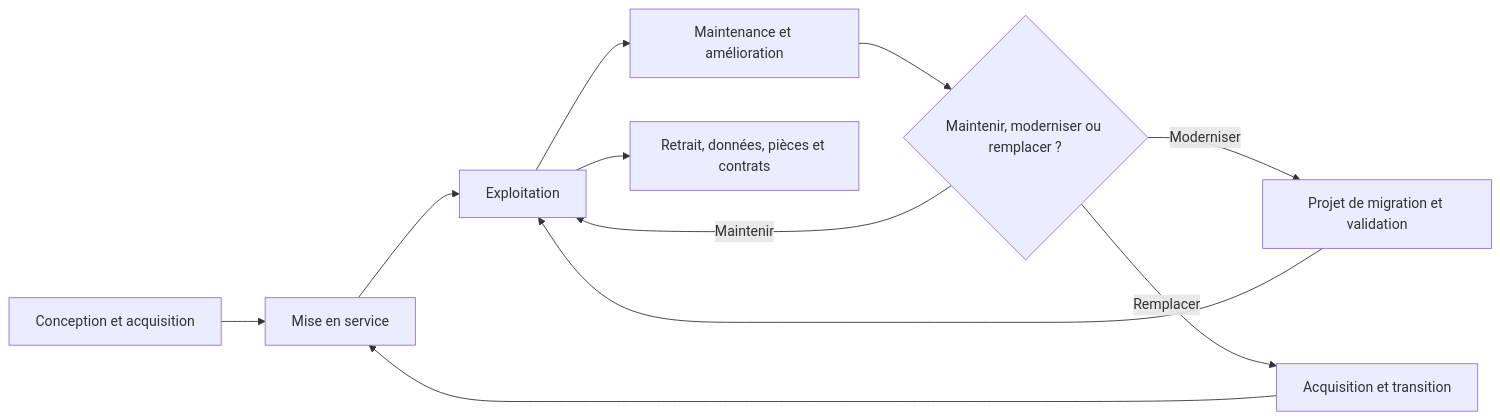
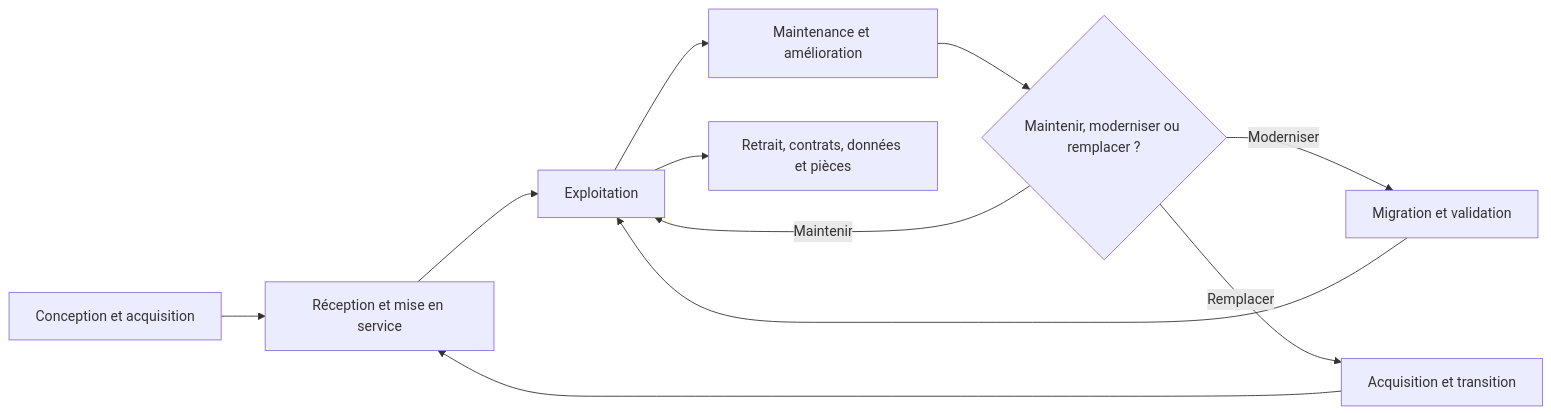
One commit to biggyseven/Skill-Tree changed the fifth of 16 diagrams in content/lessons/maint-strategie-expert.md. Above: the diagram before and after it, drawn with Mermaid. The commit also changed other lines of this file, not shown here.

```diff
--- a/content/lessons/maint-strategie-expert.md
+++ b/content/lessons/maint-strategie-expert.md
@@ -107,13 +105,13 @@
 ~~~mermaid
 flowchart LR
-  A["Conception et acquisition"] --> B["Mise en service"]
+  A["Conception et acquisition"] --> B["Réception et mise en service"]
   B --> C["Exploitation"]
   C --> D["Maintenance et amélioration"]
   D --> E{"Maintenir, moderniser ou remplacer ?"}
   E -- "Maintenir" --> C
-  E -- "Moderniser" --> F["Projet de migration et validation"]
+  E -- "Moderniser" --> F["Migration et validation"]
   E -- "Remplacer" --> G["Acquisition et transition"]
   F --> C
   G --> B
-  C --> H["Retrait, données, pièces et contrats"]
+  C --> H["Retrait, contrats, données et pièces"]
 ~~~
```
